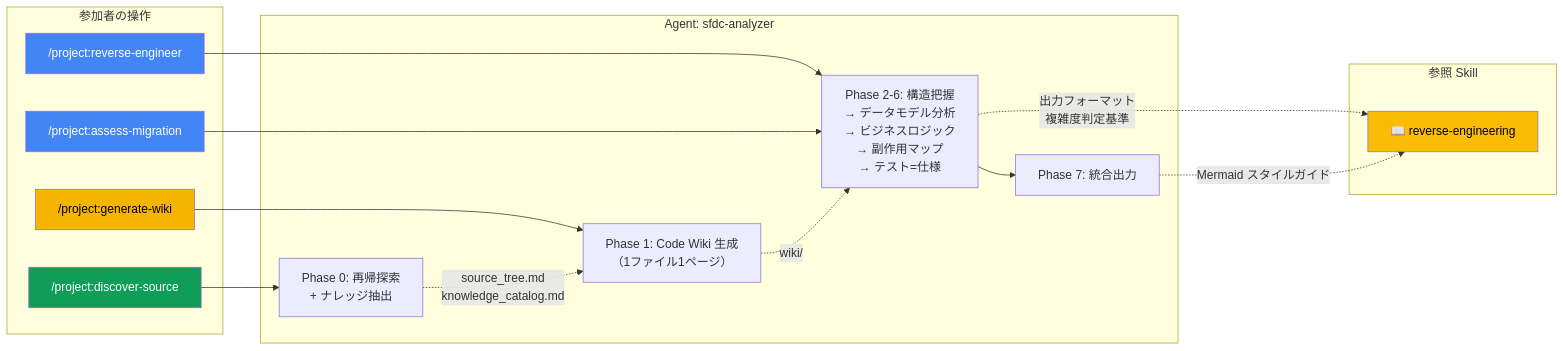
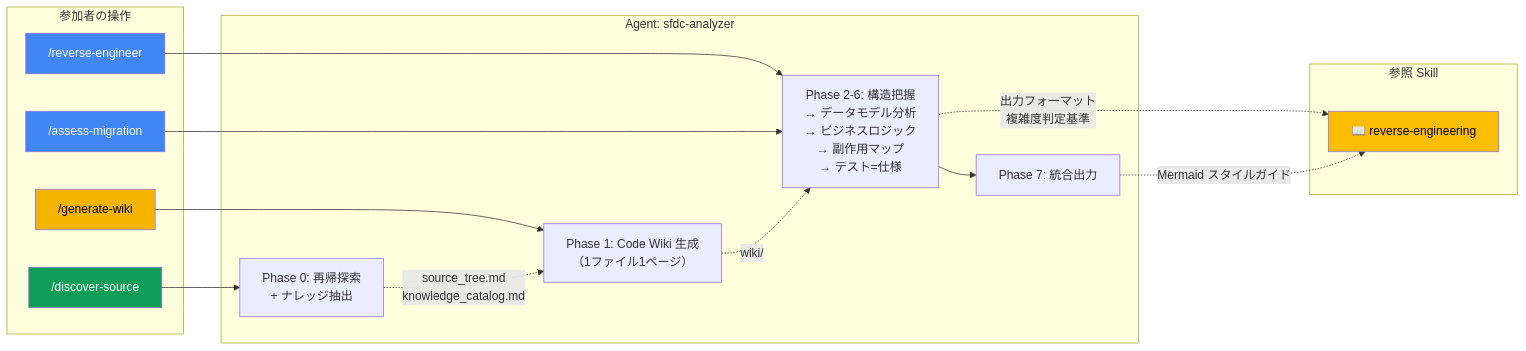
One commit to tyorikan/migration-with-ai changed the fourth of 9 diagrams in workshop-real/README.md. Above: the diagram before and after it, drawn with Mermaid. The commit also changed other lines of this file and 5 other files, not shown here.

````diff
--- a/workshop-real/README.md
+++ b/workshop-real/README.md
@@ -254,35 +254,35 @@
 ```mermaid
 flowchart LR
     subgraph "参加者の操作"
-        C0["/project:discover-source"]
-        C1["/project:generate-wiki"]
-        C2["/project:reverse-engineer"]
-        C3["/project:assess-migration"]
+        C0["/discover-source"]
+        C1["/generate-wiki"]
+        C2["/reverse-engineer"]
+        C3["/assess-migration"]
     end
 
     subgraph "Agent: sfdc-analyzer"
         A0["Phase 0: 再帰探索<br/>+ ナレッジ抽出"]
         A1["Phase 1: Code Wiki 生成<br/>（1ファイル1ページ）"]
         A2["Phase 2-6: 構造把握<br/>→ データモデル分析<br/>→ ビジネスロジック<br/>→ 副作用マップ<br/>→ テスト=仕様"]
         A7["Phase 7: 統合出力"]
     end
 
     subgraph "参照 Skill"
         S1["📖 reverse-engineering"]
     end
 
     C0 --> A0
     C1 --> A1
     C2 --> A2 --> A7
     C3 --> A2
     A0 -.->|"source_tree.md<br/>knowledge_catalog.md"| A1
     A1 -.->|"wiki/"| A2
     A2 -.->|"出力フォーマット<br/>複雑度判定基準"| S1
     A7 -.->|"Mermaid スタイルガイド"| S1
 
     style C0 fill:#0F9D58,color:#fff
     style C1 fill:#F4B400,color:#000
     style C2 fill:#4285F4,color:#fff
     style C3 fill:#4285F4,color:#fff
     style S1 fill:#FBBC04,color:#000
 ```
````
